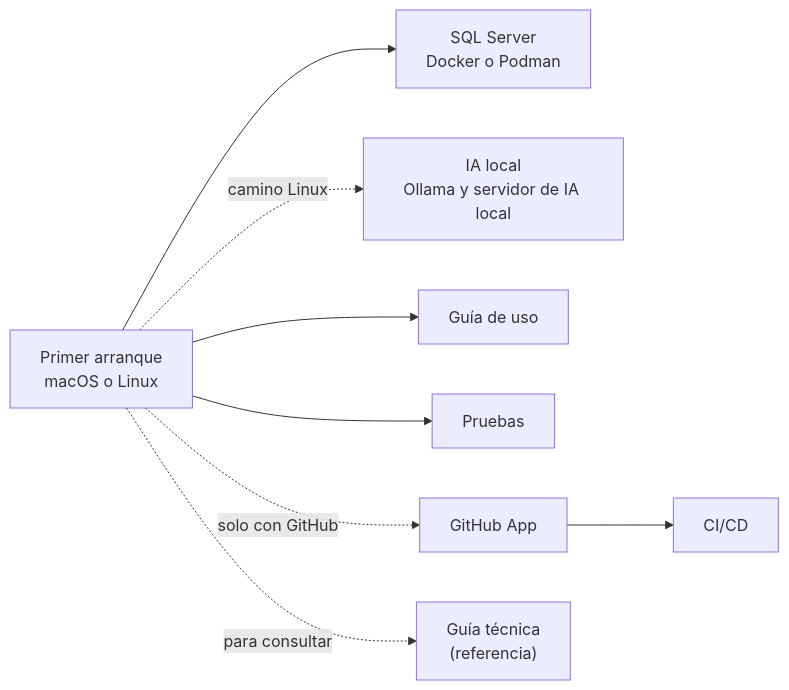
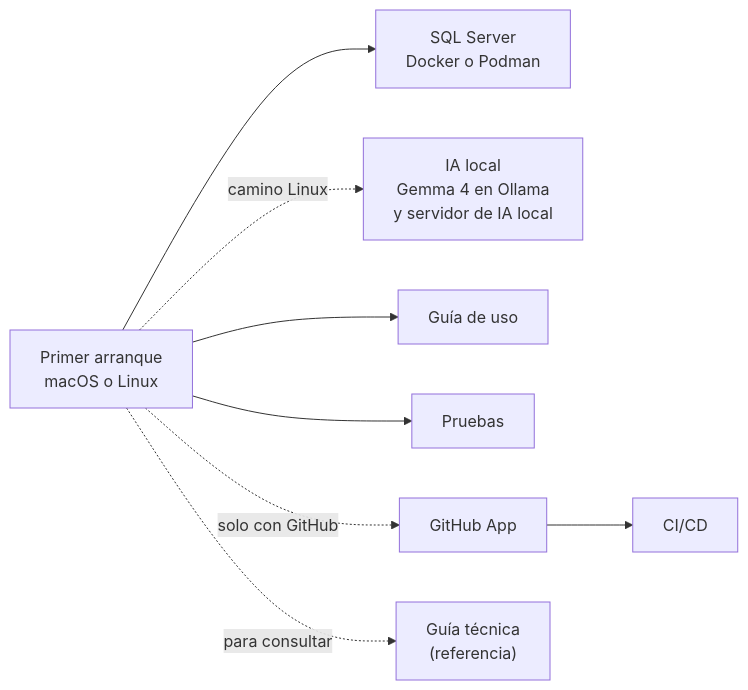
The diagram in documentacion/07-guias/README.md (PabloP150/proyecto-is-cc6), drawn with Mermaid before and after one commit. The commit also changed other lines of this file and 78 other files, not shown here.

First line of the commit message:
docs: present the local model (Gemma 4 on Ollama) as TaskMate's AI and Groq as the cloud fallback

````diff
--- a/documentacion/07-guias/README.md
+++ b/documentacion/07-guias/README.md
@@ -5,10 +5,10 @@
 ```mermaid
 flowchart LR
     PA["Primer arranque<br/>macOS o Linux"] --> DB["SQL Server<br/>Docker o Podman"]
-    PA -.->|"camino Linux"| IA["IA local<br/>Ollama y servidor de IA local"]
+    PA -.->|"camino Linux"| IA["IA local<br/>Gemma 4 en Ollama<br/>y servidor de IA local"]
     PA --> GU["Guía de uso"]
     PA --> PR["Pruebas"]
     PA -.->|"solo con GitHub"| GA["GitHub App"]
     GA --> CI["CI/CD"]
     PA -.->|"para consultar"| GT["Guía técnica<br/>(referencia)"]
 ```
````
